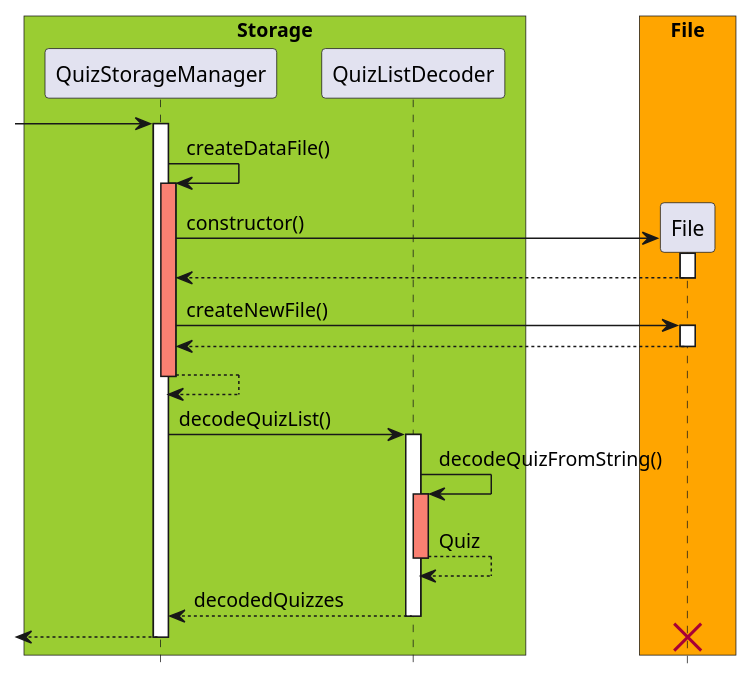
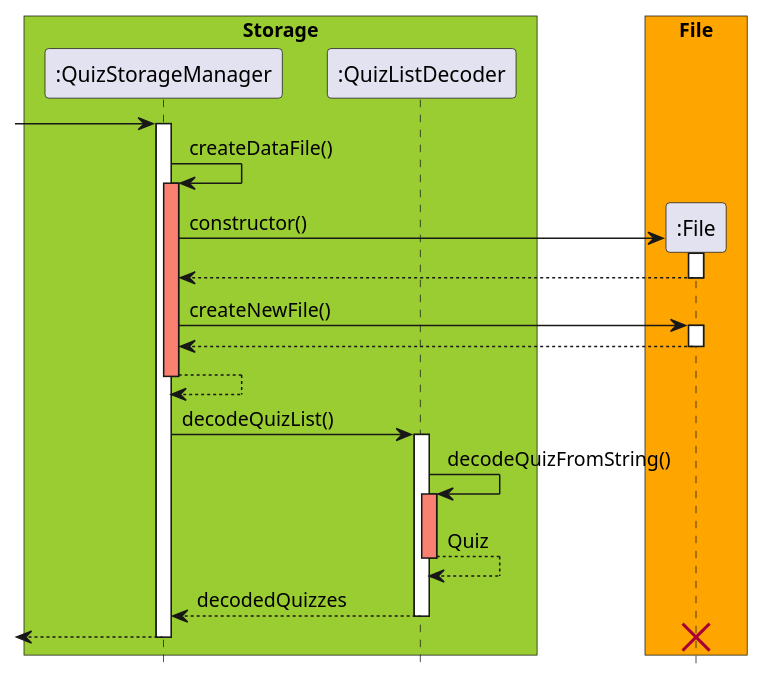
Before and after one commit to untitle4/tp: the diagram in docs/plantuml/QuizReadStorage.puml, drawn with PlantUML. The commit also changed 6 other files, not shown here.

Commit message:
Update PPP and UML diagrams

```diff
--- a/docs/plantuml/QuizReadStorage.puml
+++ b/docs/plantuml/QuizReadStorage.puml
@@ -1,42 +1,43 @@
 @startuml
 
 skinparam ParticipantPadding 10
 skinparam BoxPadding 5
 hide footbox
 
 box "Storage" #YellowGreen
-participant QuizStorageManager
-participant QuizListDecoder
+participant ":QuizStorageManager"
+participant ":QuizListDecoder"
 end box
 
 box "File" #orange
-participant File
+participant ":File"
 end box
--> QuizStorageManager
-activate QuizStorageManager
-QuizStorageManager -> QuizStorageManager : createDataFile()
-activate QuizStorageManager #salmon
-QuizStorageManager -> File ** : constructor()
-activate File
-File --> QuizStorageManager
-deactivate File
-QuizStorageManager -> File : createNewFile()
-activate File
-File --> QuizStorageManager
-deactivate File
-QuizStorageManager --> QuizStorageManager
-deactivate QuizStorageManager
 
-QuizStorageManager -> QuizListDecoder : decodeQuizList()
-activate QuizListDecoder
-QuizListDecoder -> QuizListDecoder : decodeQuizFromString()
-activate QuizListDecoder #salmon
-QuizListDecoder --> QuizListDecoder : Quiz
-deactivate QuizListDecoder
-QuizListDecoder --> QuizStorageManager : decodedQuizzes
-deactivate QuizListDecoder
-<-- QuizStorageManager
-deactivate QuizStorageManager
-destroy File
+-> ":QuizStorageManager"
+activate ":QuizStorageManager"
+":QuizStorageManager" -> ":QuizStorageManager" : createDataFile()
+activate ":QuizStorageManager" #salmon
+":QuizStorageManager" -> ":File" ** : constructor()
+activate ":File"
+":File" --> ":QuizStorageManager"
+deactivate ":File"
+":QuizStorageManager" -> ":File" : createNewFile()
+activate ":File"
+":File" --> ":QuizStorageManager"
+deactivate ":File"
+":QuizStorageManager" --> ":QuizStorageManager"
+deactivate ":QuizStorageManager"
+
+":QuizStorageManager" -> ":QuizListDecoder" : decodeQuizList()
+activate ":QuizListDecoder"
+":QuizListDecoder" -> ":QuizListDecoder" : decodeQuizFromString()
+activate ":QuizListDecoder" #salmon
+":QuizListDecoder" --> ":QuizListDecoder" : Quiz
+deactivate ":QuizListDecoder"
+":QuizListDecoder" --> ":QuizStorageManager" : decodedQuizzes
+deactivate ":QuizListDecoder"
+<-- ":QuizStorageManager"
+deactivate ":QuizStorageManager"
+destroy ":File"
 
 @enduml
```
